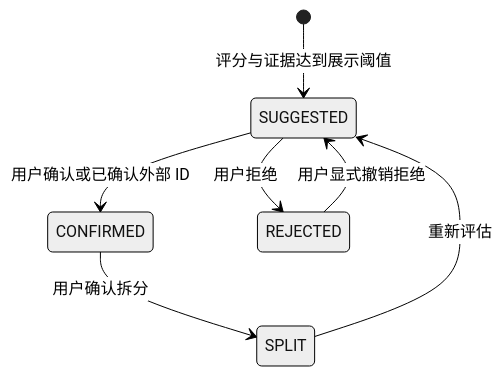
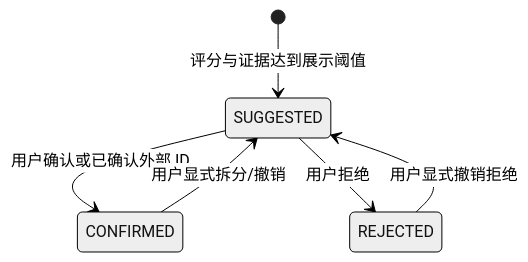
One commit to AltairCardinal/mihon-desktop changed the fifth of 5 diagrams in docs/roadmap/2026-08-11-author-archive-discovery-corrective-roadmap.md. Above: the diagram before and after it, drawn with Mermaid (neutral theme). The commit also changed other lines of this file and 41 other files, not shown here.

````diff
--- a/docs/roadmap/2026-08-11-author-archive-discovery-corrective-roadmap.md
+++ b/docs/roadmap/2026-08-11-author-archive-discovery-corrective-roadmap.md
@@ -216,9 +254,8 @@
 ```mermaid
 stateDiagram-v2
     [*] --> SUGGESTED: 评分与证据达到展示阈值
     SUGGESTED --> CONFIRMED: 用户确认或已确认外部 ID
     SUGGESTED --> REJECTED: 用户拒绝
-    CONFIRMED --> SPLIT: 用户确认拆分
-    SPLIT --> SUGGESTED: 重新评估
+    CONFIRMED --> SUGGESTED: 用户显式拆分/撤销
     REJECTED --> SUGGESTED: 用户显式撤销拒绝
 ```
````
